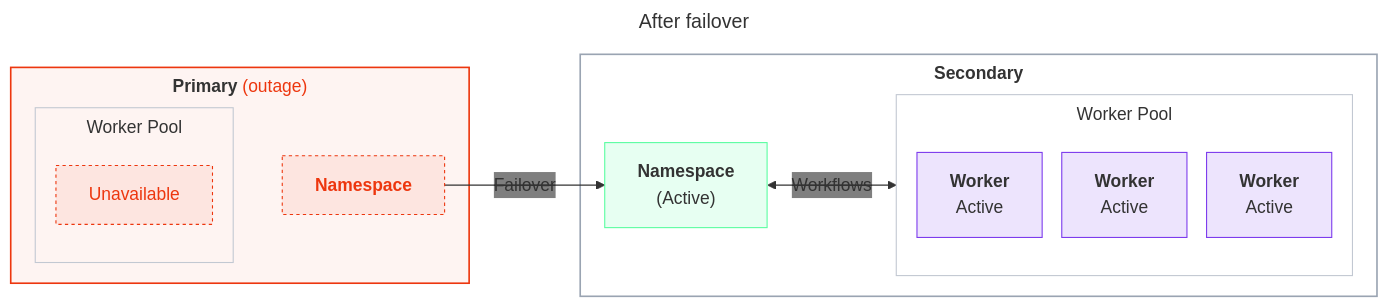
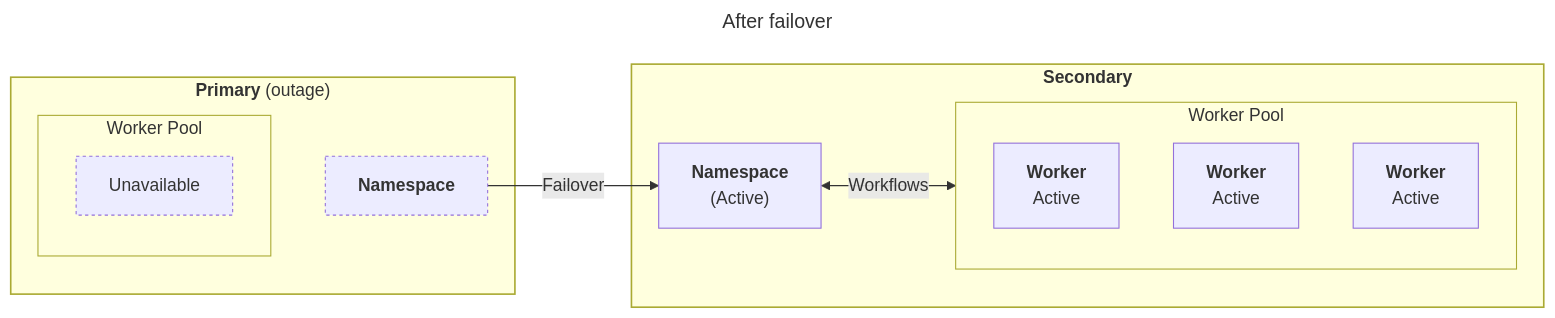
One commit to temporalio/documentation changed diagram 11 of 15 in docs/cloud/high-availability/architecture-patterns.mdx. Above: the diagram before and after it, drawn with Mermaid. The commit also changed other lines of this file and 15 other files, not shown here.

First line of the commit message:
Refactor Mermaid diagrams for improved clarity and consistency across documentation

````diff
--- a/docs/cloud/high-availability/architecture-patterns.mdx
+++ b/docs/cloud/high-availability/architecture-patterns.mdx
@@ -428,33 +408,32 @@
 ```mermaid
 ---
 title: After failover
 ---
-%%{init: {'themeVariables':{'fontFamily':'Inter, ui-sans-serif, system-ui, sans-serif','edgeLabelBackground':'transparent'},'flowchart':{'nodeSpacing':18,'rankSpacing':45,'curve':'basis','subGraphTitleMargin':{'top':6,'bottom':12}}}}%%
 flowchart LR
-    classDef worker fill:#7C3AED22,stroke:#7C3AED,stroke-width:1px;
-    classDef ns fill:#59FDA024,stroke:#59FDA0,stroke-width:1px;
-    classDef down fill:#ED360E14,stroke:#ED360E,stroke-width:1px,stroke-dasharray:3 3,color:#ED360E;
-    classDef region fill:transparent,stroke:#9aa4b2,stroke-width:1.5px;
-    classDef regiondown fill:#ED360E0D,stroke:#ED360E,stroke-width:1.5px;
-    classDef pool fill:transparent,stroke:#c2c8d2,stroke-width:1px;
-    subgraph HFPRIM["<b>Primary</b> <span style='color:#ED360E'>(outage)</span>"]
+    classDef worker stroke-width:1px;
+    classDef ns stroke-width:1px;
+    classDef down stroke-width:1px,stroke-dasharray:3 3;
+    classDef region stroke-width:1.5px;
+    classDef regiondown stroke-width:1.5px;
+    classDef pool stroke-width:1px;
+    subgraph HFPRIM["<b>Primary</b> <span class='dp-outage-text'>(outage)</span>"]
       subgraph HFPP["Worker Pool"]
         HFPW1["Unavailable"]:::down
       end
       HFPN["<b>Namespace</b>"]:::down
       HFPP ~~~ HFPN
     end
     subgraph HFSEC["<b>Secondary</b>"]
       HFSN["<b>Namespace</b><br>(Active)"]:::ns
       subgraph HFSP["Worker Pool"]
         HFSW1["<b>Worker</b><br/>Active"]:::worker
         HFSW2["<b>Worker</b><br/>Active"]:::worker
         HFSW3["<b>Worker</b><br/>Active"]:::worker
       end
       HFSN <-->|Workflows| HFSP
     end
     HFPN -->|"Failover"| HFSN
     class HFPRIM regiondown
     class HFSEC region
     class HFPP,HFSP pool
 ```
````
